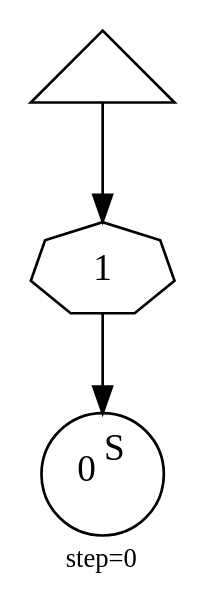
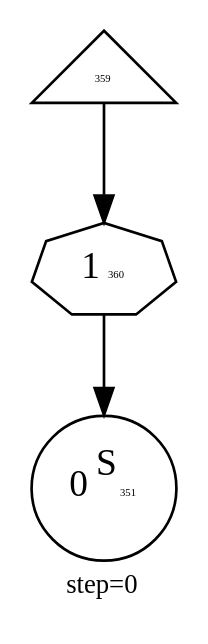
Before and after one commit to abarbu/machinations: the diagram in ours/101-objects/0048.dot, drawn with Graphviz. The commit also changed 824 other files, not shown here.

```diff
--- a/ours/101-objects/0048.dot
+++ b/ours/101-objects/0048.dot
@@ -1,8 +1,8 @@
 digraph {
   graph  [labelloc=bottom,labeljust=left,fontsize="10",label="step=0"];
-  "351" [shape=circle,peripheries="1",label=<0<SUP>S</SUP>>,labelfontcolor=black,color=black];
-  "359" [shape=triangle,peripheries="1",label="",labelfontcolor=black,color=black];
-  "360" [label=<1>,peripheries="1",color=black,shape=septagon];
+  "351" [shape=circle,peripheries="1",label=<0<SUP>S</SUP><FONT POINT-SIZE='4'>351</FONT>>,labelfontcolor=black,color=black];
+  "359" [shape=triangle,peripheries="1",label=<<FONT POINT-SIZE='4'>359</FONT>>,labelfontcolor=black,color=black];
+  "360" [label=<1<FONT POINT-SIZE='4'>360</FONT>>,peripheries="1",color=black,shape=septagon];
   "359" -> "360" [color=black];
   "360" -> "351" [color=black];
 }
```
